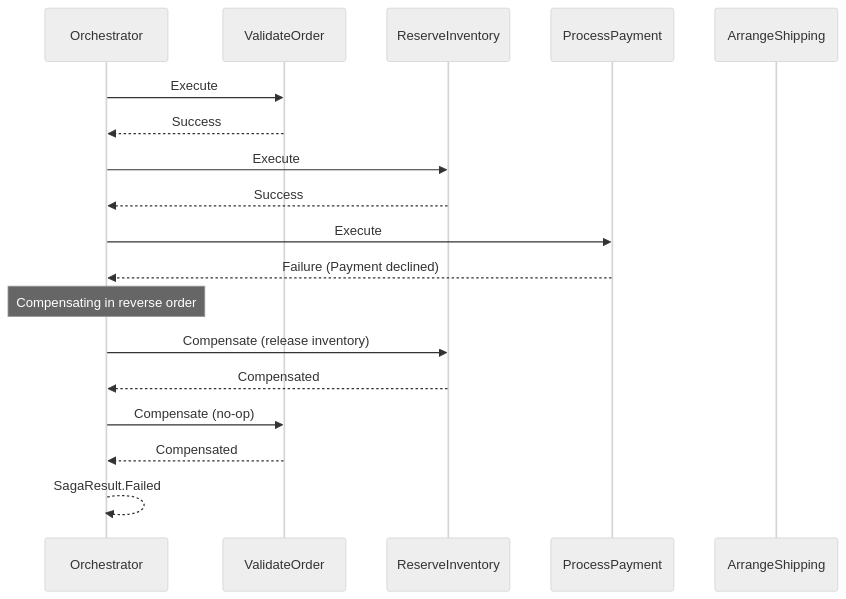
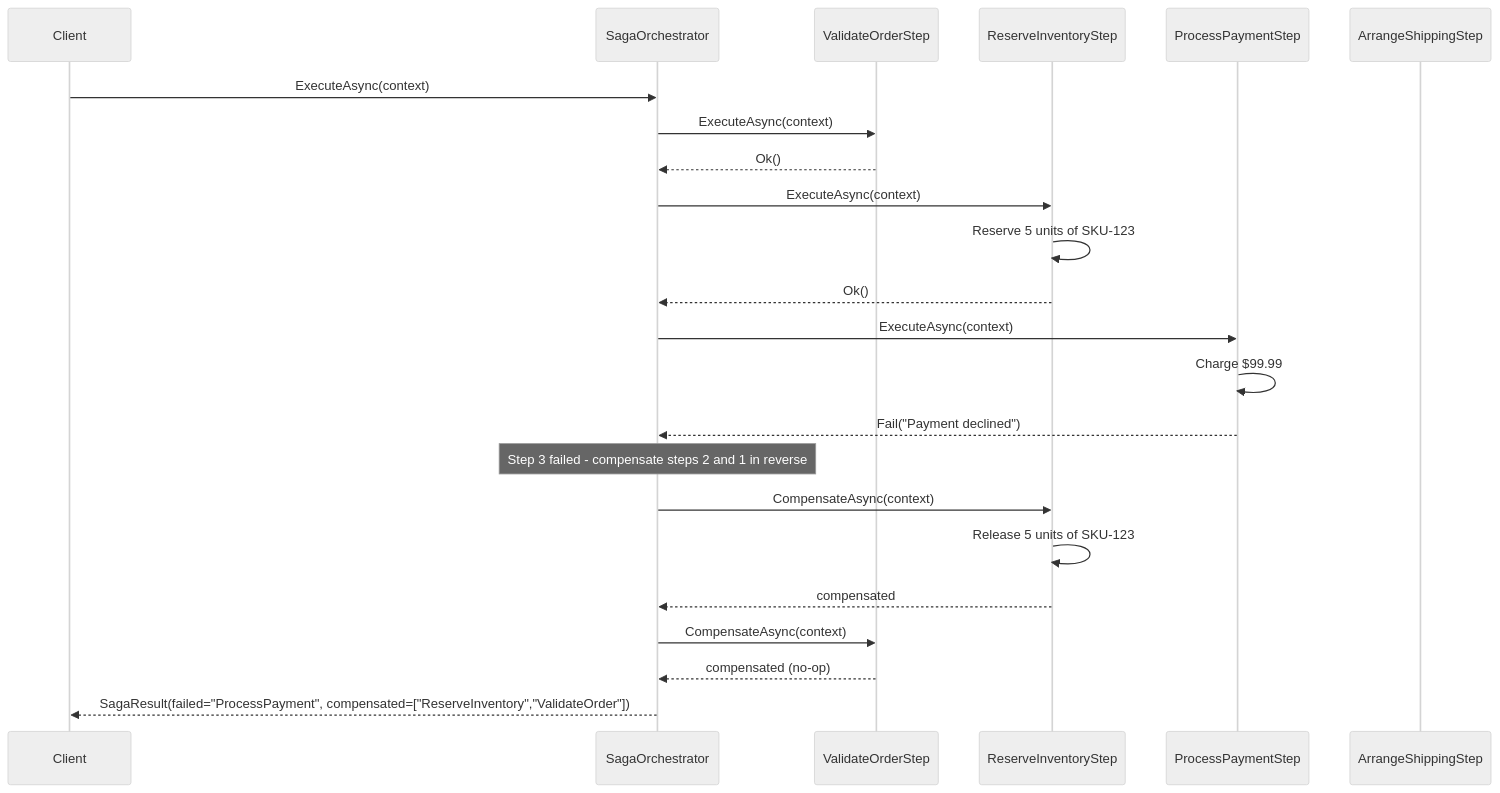
One commit to senapatisantosh/DotnetAdvanceDesignPattern changed the second of 2 diagrams in src/DesignPatterns.Enterprise/Saga/README.md. Above: the diagram before and after it, drawn with Mermaid (neutral theme). The commit also changed other lines of this file and 2 other files, not shown here.

First line of the commit message:
feat: add interview revision cheatsheet, update Saga and ValueObject READMEs

````diff
--- a/src/DesignPatterns.Enterprise/Saga/README.md
+++ b/src/DesignPatterns.Enterprise/Saga/README.md
@@ -115,22 +132,33 @@
 ```mermaid
 sequenceDiagram
-    participant O as Orchestrator
-    participant V as ValidateOrder
-    participant I as ReserveInventory
-    participant P as ProcessPayment
-    participant S as ArrangeShipping
+    participant Client
+    participant Orch as SagaOrchestrator
+    participant S1 as ValidateOrderStep
+    participant S2 as ReserveInventoryStep
+    participant S3 as ProcessPaymentStep
+    participant S4 as ArrangeShippingStep
 
-    O->>V: Execute
-    V-->>O: Success
-    O->>I: Execute
-    I-->>O: Success
-    O->>P: Execute
-    P-->>O: Failure (Payment declined)
+    Client->>Orch: ExecuteAsync(context)
 
-    Note over O: Compensating in reverse order
-    O->>I: Compensate (release inventory)
-    I-->>O: Compensated
-    O->>V: Compensate (no-op)
-    V-->>O: Compensated
-    O-->>O: SagaResult.Failed
+    Orch->>S1: ExecuteAsync(context)
+    S1-->>Orch: Ok()
+
+    Orch->>S2: ExecuteAsync(context)
+    S2->>S2: Reserve 5 units of SKU-123
+    S2-->>Orch: Ok()
+
+    Orch->>S3: ExecuteAsync(context)
+    S3->>S3: Charge $99.99
+    S3-->>Orch: Fail("Payment declined")
+
+    Note over Orch: Step 3 failed - compensate steps 2 and 1 in reverse
+
+    Orch->>S2: CompensateAsync(context)
+    S2->>S2: Release 5 units of SKU-123
+    S2-->>Orch: compensated
+
+    Orch->>S1: CompensateAsync(context)
+    S1-->>Orch: compensated (no-op)
+
+    Orch-->>Client: SagaResult(failed="ProcessPayment", compensated=["ReserveInventory","ValidateOrder"])
 ```
````
